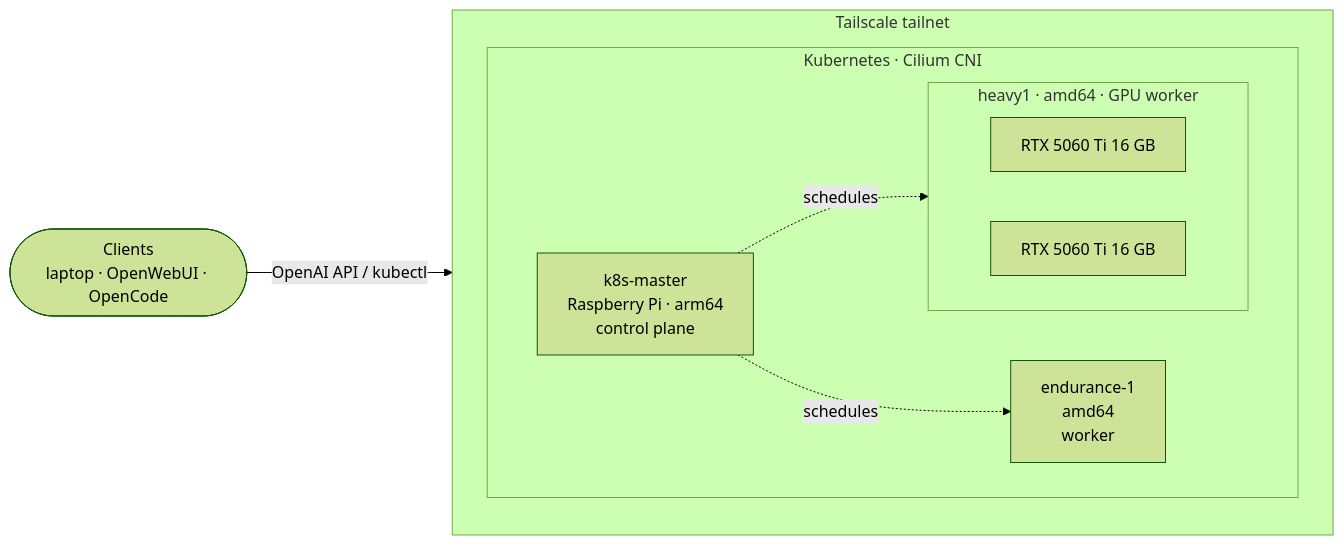
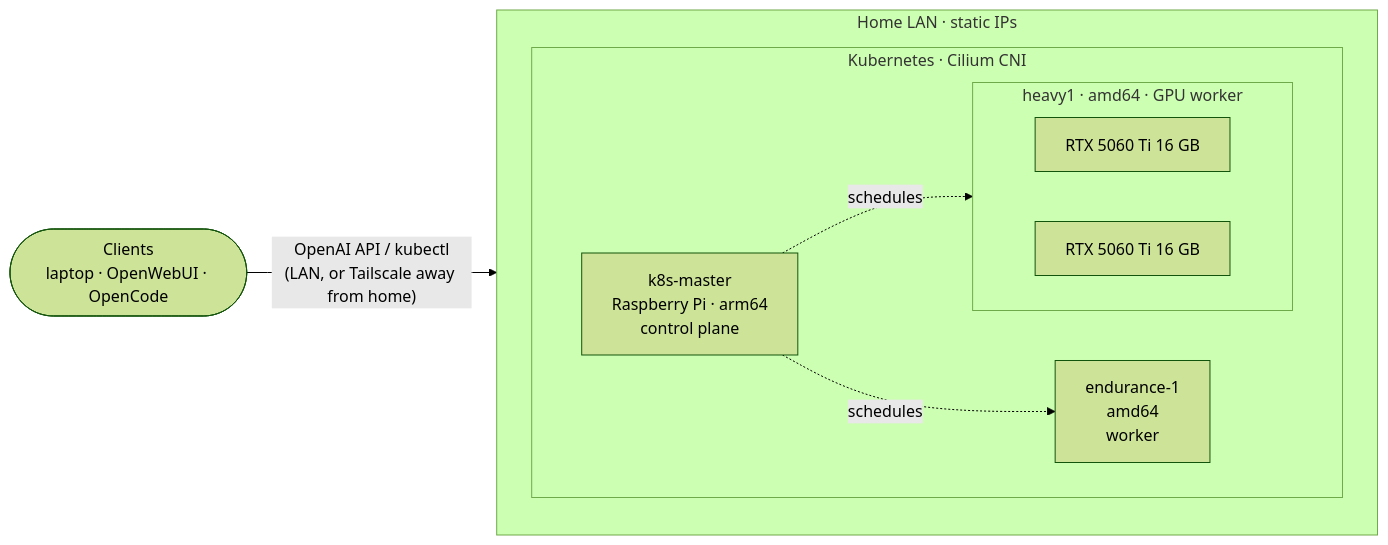
The diagram in README.md (lalotone/homelab), drawn with Mermaid (forest theme) before and after one commit. The commit also changed other lines of this file and 3 other files, not shown here.

First line of the commit message:
docs: Cluster runs on the LAN, Tailscale only for remote access

````diff
--- a/README.md
+++ b/README.md
@@ -31,17 +31,17 @@
 ```mermaid
 flowchart LR
     user([Clients<br/>laptop · OpenWebUI · OpenCode])
-    subgraph tailnet["Tailscale tailnet"]
+    subgraph lan["Home LAN · static IPs"]
         subgraph cluster["Kubernetes · Cilium CNI"]
             cp["k8s-master<br/>Raspberry Pi · arm64<br/>control plane"]
             e1["endurance-1<br/>amd64<br/>worker"]
             subgraph w["heavy1 · amd64 · GPU worker"]
                 gpu0["RTX 5060 Ti 16 GB"]
                 gpu1["RTX 5060 Ti 16 GB"]
             end
         end
     end
-    user -->|OpenAI API / kubectl| tailnet
+    user -->|"OpenAI API / kubectl<br/>(LAN, or Tailscale away from home)"| lan
     cp -. schedules .-> w
     cp -. schedules .-> e1
 ```
````
